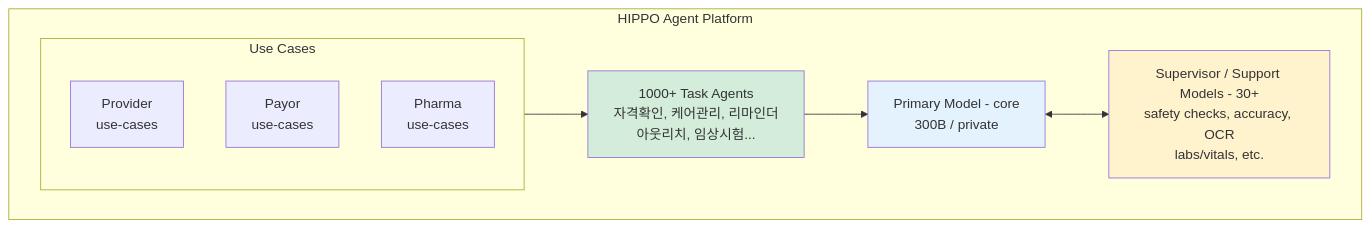
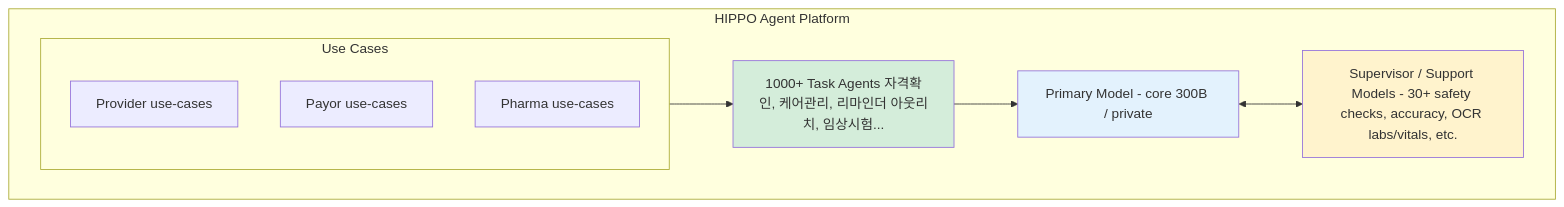
The third of 5 diagrams in 03-agent/34-execution.md (Kanghyeop/pages-book-agent101), drawn with Mermaid before and after one commit. The commit also changed other lines of this file and 48 other files, not shown here.

First line of the commit message:
fix: Mermaid 렌더링 + SVG 경로 수정

````diff
--- a/03-agent/34-execution.md
+++ b/03-agent/34-execution.md
@@ -193,20 +193,20 @@
 ```mermaid
 flowchart TB
     subgraph Platform[HIPPO Agent Platform]
         subgraph UseCases[Use Cases]
-            P[Provider<br/>use-cases]
-            PA[Payor<br/>use-cases]
-            PH[Pharma<br/>use-cases]
+            P[Provider use-cases]
+            PA[Payor use-cases]
+            PH[Pharma use-cases]
         end
 
-        UseCases --> TA[1000+ Task Agents<br/>자격확인, 케어관리, 리마인더<br/>아웃리치, 임상시험...]
+        UseCases --> TA[1000+ Task Agents 자격확인, 케어관리, 리마인더 아웃리치, 임상시험...]
 
-        TA --> PM[Primary Model - core<br/>300B / private]
+        TA --> PM[Primary Model - core 300B / private]
 
-        PM <--> SM[Supervisor / Support Models - 30+<br/>safety checks, accuracy, OCR<br/>labs/vitals, etc.]
+        PM <--> SM[Supervisor / Support Models - 30+ safety checks, accuracy, OCR labs/vitals, etc.]
     end
 
     style PM fill:#E3F2FD
     style SM fill:#FFF3CD
     style TA fill:#D4EDDA
 ```
````
